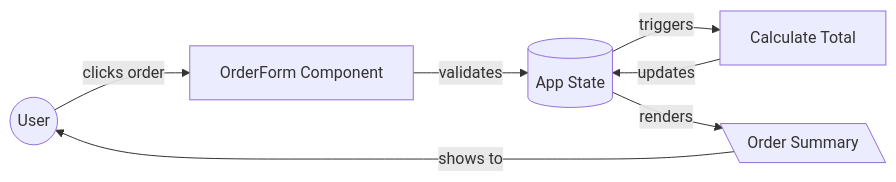
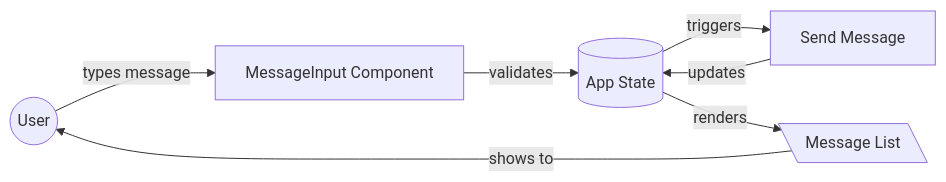
One commit to Episk-pos/DevFoundry changed the second of 4 diagrams in website/docs/architectural-views.md. Above: the diagram before and after it, drawn with Mermaid. The commit also changed other lines of this file and 153 other files, not shown here.

````diff
--- a/website/docs/architectural-views.md
+++ b/website/docs/architectural-views.md
@@ -155,9 +155,9 @@
 ```mermaid
 flowchart LR
-    User((User)) -->|clicks order| OrderForm[OrderForm Component]
-    OrderForm -->|validates| State[(App State)]
-    State -->|triggers| Calculate[Calculate Total]
-    Calculate -->|updates| State
-    State -->|renders| Display[\Order Summary\]
+    User((User)) -->|types message| MessageInput[MessageInput Component]
+    MessageInput -->|validates| State[(App State)]
+    State -->|triggers| Send[Send Message]
+    Send -->|updates| State
+    State -->|renders| Display[\Message List\]
     Display -->|shows to| User
 ```
````
